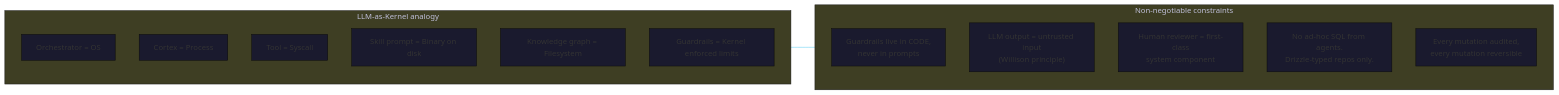
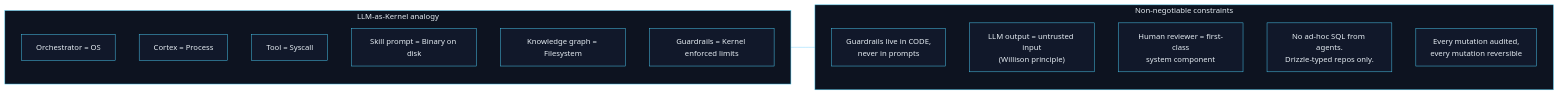
One commit to jeremienunez/thalamus-usecase-ssa- changed the second of 15 diagrams in README.md. Above: the diagram before and after it, drawn with Mermaid. The commit also changed other lines of this file and 9 other files, not shown here.

````diff
--- a/README.md
+++ b/README.md
@@ -360,25 +113,25 @@
 ```mermaid
-%%{init: {'theme': 'base', 'themeVariables': {'primaryColor': '#1a1a2e', 'lineColor': '#4cc9f0'}}}%%
-
+%%{init: {'theme':'base','themeVariables':{'background':'#0b0f17','primaryColor':'#11182a','primaryTextColor':'#e6edf3','primaryBorderColor':'#4cc9f0','secondaryColor':'#1a2033','tertiaryColor':'#141a28','secondaryTextColor':'#e6edf3','tertiaryTextColor':'#e6edf3','noteTextColor':'#e6edf3','noteBkgColor':'#1a2033','noteBorderColor':'#4cc9f0','lineColor':'#7dd3fc','textColor':'#e6edf3','mainBkg':'#11182a','secondBkg':'#1a2033','clusterBkg':'#0d1320','clusterBorder':'#4cc9f0','titleColor':'#e6edf3','edgeLabelBackground':'#0b0f17','labelBoxBkgColor':'#11182a','labelBoxBorderColor':'#4cc9f0','labelTextColor':'#e6edf3','actorBkg':'#11182a','actorBorder':'#4cc9f0','actorTextColor':'#e6edf3','actorLineColor':'#7dd3fc','signalColor':'#e6edf3','signalTextColor':'#e6edf3','activationBkgColor':'#1a2033','activationBorderColor':'#4cc9f0','sequenceNumberColor':'#0b0f17','classText':'#e6edf3'}}}%%
 flowchart LR
+    classDef default fill:#11182a,stroke:#4cc9f0,stroke-width:1px,color:#e6edf3;
     subgraph ANALOGY["LLM-as-Kernel analogy"]
         direction TB
         OS["Orchestrator = OS"]
         Proc["Cortex = Process"]
         Sys["Tool = Syscall"]
         Bin["Skill prompt = Binary on disk"]
         Mem["Knowledge graph = Filesystem"]
         Guard["Guardrails = Kernel enforced limits"]
     end
 
     subgraph PRINCIPLES["Non-negotiable constraints"]
         direction TB
-        P1["Guardrails live in CODE,\nnever in prompts"]
-        P2["LLM output = untrusted input\n(Willison principle)"]
-        P3["Human reviewer = first-class\nsystem component"]
-        P4["No ad-hoc SQL from agents.\nDrizzle-typed repos only."]
-        P5["Every mutation audited,\nevery mutation reversible"]
+        P1["Guardrails live in CODE,<br/>never in prompts"]
+        P2["LLM output = untrusted input<br/>(Willison principle)"]
+        P3["Human reviewer = first-class<br/>system component"]
+        P4["No ad-hoc SQL from agents.<br/>Drizzle-typed repos only."]
+        P5["Every mutation audited,<br/>every mutation reversible"]
     end
 
     ANALOGY --- PRINCIPLES
 ```
````
